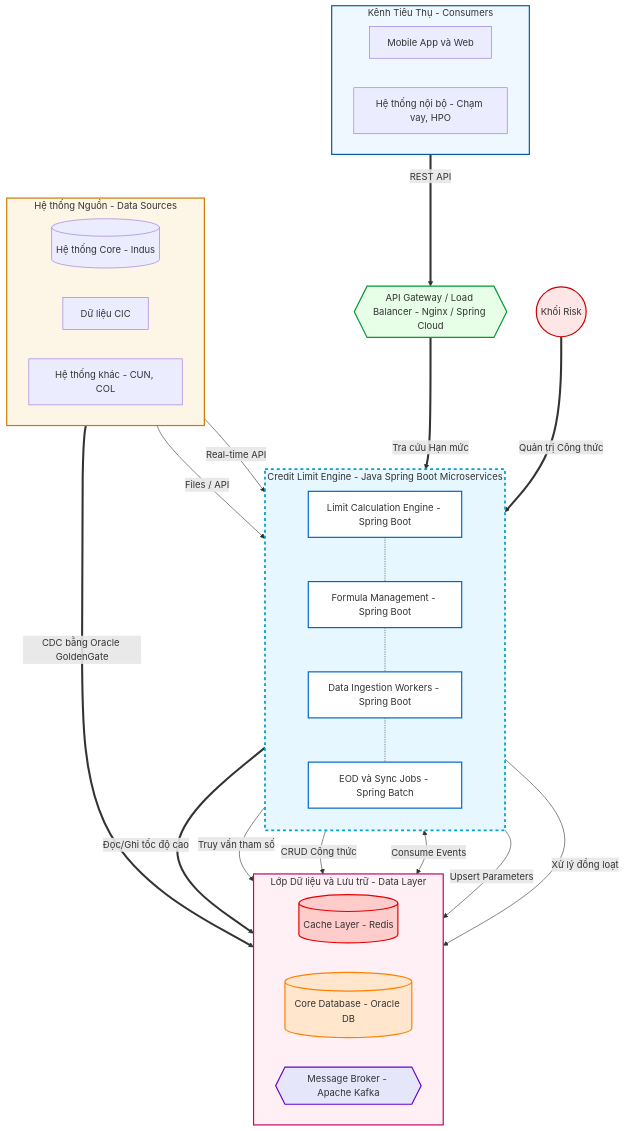
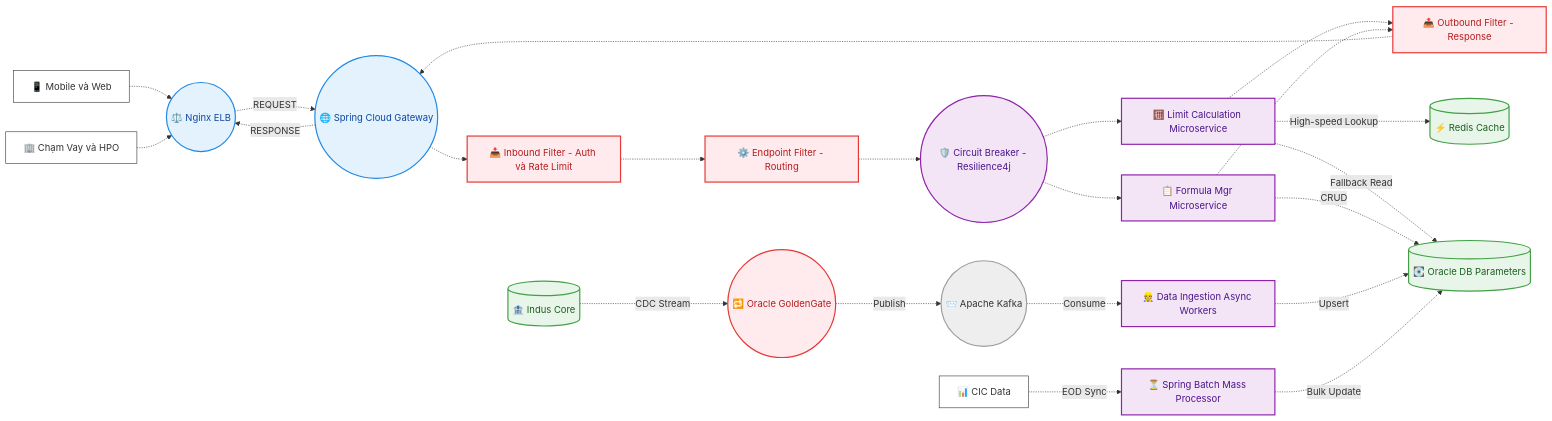
Before and after one commit to quangha9797/hdss-docs: the second of 7 diagrams in cle/credit_limit_engine_design.md, drawn with Mermaid.

````diff
--- a/cle/credit_limit_engine_design.md
+++ b/cle/credit_limit_engine_design.md
@@ -73,76 +73,78 @@
 ```mermaid
-flowchart TD
-    %% Consumers
-    subgraph Consumers [Kênh Tiêu Thụ - Consumers]
-        direction LR
-        App[Mobile App và Web]
-        Internal[Hệ thống nội bộ - Chạm vay, HPO]
-    end
+flowchart LR
+    %% MÔ PHỎNG NETFLIX HIGH-LEVEL ARCHITECTURE
+    
+    classDef default fill:#ffffff,stroke:#333,stroke-width:1px;
+    classDef filter fill:#ffebee,stroke:#e53935,stroke-width:2px,color:#b71c1c;
+    classDef gateway fill:#e3f2fd,stroke:#1e88e5,stroke-width:2px,color:#0d47a1;
+    classDef service fill:#f3e5f5,stroke:#8e24aa,stroke-width:2px,color:#4a148c;
+    classDef db fill:#e8f5e9,stroke:#43a047,stroke-width:2px,color:#1b5e20;
+    classDef queue fill:#eeeeee,stroke:#9e9e9e,stroke-width:2px;
 
-    %% API Gateway
-    Gateway{{API Gateway / Load Balancer - Nginx / Spring Cloud}}
-    
-    Consumers ==>|REST API| Gateway
+    %% 1. CLIENTS
+    App["📱 Mobile và Web"]:::default
+    Int["🏢 Chạm Vay và HPO"]:::default
 
-    %% Core Engine (Spring Boot)
-    subgraph CLE [Credit Limit Engine - Java Spring Boot Microservices]
-        direction TB
-        CalcEngine[Limit Calculation Engine - Spring Boot]
-        FormMgr[Formula Management - Spring Boot]
-        DataWorker[Data Ingestion Workers - Spring Boot]
-        BatchJob[EOD và Sync Jobs - Spring Batch]
-        
-        CalcEngine -.- FormMgr -.- DataWorker -.- BatchJob
-    end
+    %% 2. LOAD BALANCER & GATEWAY
+    ELB(("⚖️ Nginx ELB")):::gateway
+    Netty(("🌐 Spring Cloud Gateway")):::gateway
 
-    Gateway ==>|Tra cứu Hạn mức| CalcEngine
-    
-    %% Storage & Infrastructure
-    subgraph Storage [Lớp Dữ liệu và Lưu trữ - Data Layer]
-        direction LR
-        Redis[(Cache Layer - Redis)]
-        Oracle[(Core Database - Oracle DB)]
-        Kafka{{Message Broker - Apache Kafka}}
-    end
+    %% 3. FILTERS (ZUUL equivalents)
+    Inbound["📥 Inbound Filter - Auth và Rate Limit"]:::filter
+    Endpoint["⚙️ Endpoint Filter - Routing"]:::filter
+    Outbound["📤 Outbound Filter - Response"]:::filter
 
-    %% Connections inside CLE
-    CalcEngine ==>|Đọc/Ghi tốc độ cao| Redis
-    CalcEngine -->|Truy vấn tham số| Oracle
-    FormMgr -->|CRUD Công thức| Oracle
-    
-    DataWorker <-->|Consume Events| Kafka
-    DataWorker -->|Upsert Parameters| Oracle
-    
-    BatchJob -->|Xử lý đồng loạt| Oracle
+    %% 4. MICROSERVICES
+    Hystrix(("🛡️ Circuit Breaker - Resilience4j")):::service
+    Calc["🧮 Limit Calculation Microservice"]:::service
+    Form["📋 Formula Mgr Microservice"]:::service
 
-    %% Data Sources
-    subgraph Sources [Hệ thống Nguồn - Data Sources]
-        direction LR
-        CoreDB[(Hệ thống Core - Indus)]
-        CIC[Dữ liệu CIC]
-        Others[Hệ thống khác - CUN, COL]
-    end
+    %% 5. STORAGE & CACHE
+    Redis[("⚡ Redis Cache")]:::db
+    Oracle[("💽 Oracle DB Parameters")]:::db
 
-    %% Data Ingestion paths
-    CoreDB ==>|CDC bằng Oracle GoldenGate| Kafka
-    CIC -->|Files / API| BatchJob
-    Others -->|Real-time API| DataWorker
-    
-    %% Users
-    Risk((Khối Risk)) ==>|Quản trị Công thức| FormMgr
-    
-    %% Styling to look premium for C-Level
-    style Consumers fill:#f0f8ff,stroke:#005c99,stroke-width:2px
-    style CLE fill:#e6f7ff,stroke:#00a3cc,stroke-width:3px,stroke-dasharray: 5 5
-    style Storage fill:#fff0f5,stroke:#cc0066,stroke-width:2px
-    style Sources fill:#fdf5e6,stroke:#cc7a00,stroke-width:2px
-    style Gateway fill:#e6ffe6,stroke:#009933,stroke-width:2px
-    style Redis fill:#ffcccc,stroke:#e60000,stroke-width:2px
-    style Oracle fill:#ffe6cc,stroke:#ff8000,stroke-width:2px
-    style Kafka fill:#e6e6fa,stroke:#6600cc,stroke-width:2px
-    style CalcEngine fill:#ffffff,stroke:#0066cc,stroke-width:2px
-    style FormMgr fill:#ffffff,stroke:#0066cc,stroke-width:2px
-    style DataWorker fill:#ffffff,stroke:#0066cc,stroke-width:2px
-    style BatchJob fill:#ffffff,stroke:#0066cc,stroke-width:2px
-    style Risk fill:#ffe6e6,stroke:#cc0000,stroke-width:2px
+    %% 6. PIPELINE (Bottom)
+    Core[("🏦 Indus Core")]:::db
+    OGG(("🔁 Oracle GoldenGate")):::filter
+    Kafka(("📨 Apache Kafka")):::queue
+    Worker["👷 Data Ingestion Async Workers"]:::service
+    Batch["⏳ Spring Batch Mass Processor"]:::service
+    CIC["📊 CIC Data"]:::default
+
+    %% --- RELATIONSHIPS ---
+
+    %% Client requests
+    App -.-> ELB
+    Int -.-> ELB
+    ELB -.->|REQUEST| Netty
+
+    %% Gateway to Filters
+    Netty -.-> Inbound
+    Inbound -.-> Endpoint
+    Endpoint -.-> Hystrix
+
+    %% Circuit Breaker to Services
+    Hystrix -.-> Calc
+    Hystrix -.-> Form
+
+    %% Response path
+    Calc -.-> Outbound
+    Form -.-> Outbound
+    Outbound -.-> Netty
+    Netty -.->|RESPONSE| ELB
+
+    %% Service to Storage
+    Calc -.->|High-speed Lookup| Redis
+    Calc -.->|Fallback Read| Oracle
+    Form -.->|CRUD| Oracle
+
+    %% Data Pipeline
+    Core -.->|CDC Stream| OGG
+    OGG -.->|Publish| Kafka
+    Kafka -.->|Consume| Worker
+    Worker -.->|Upsert| Oracle
+
+    %% Batch Pipeline
+    CIC -.->|EOD Sync| Batch
+    Batch -.->|Bulk Update| Oracle
 ```
````
